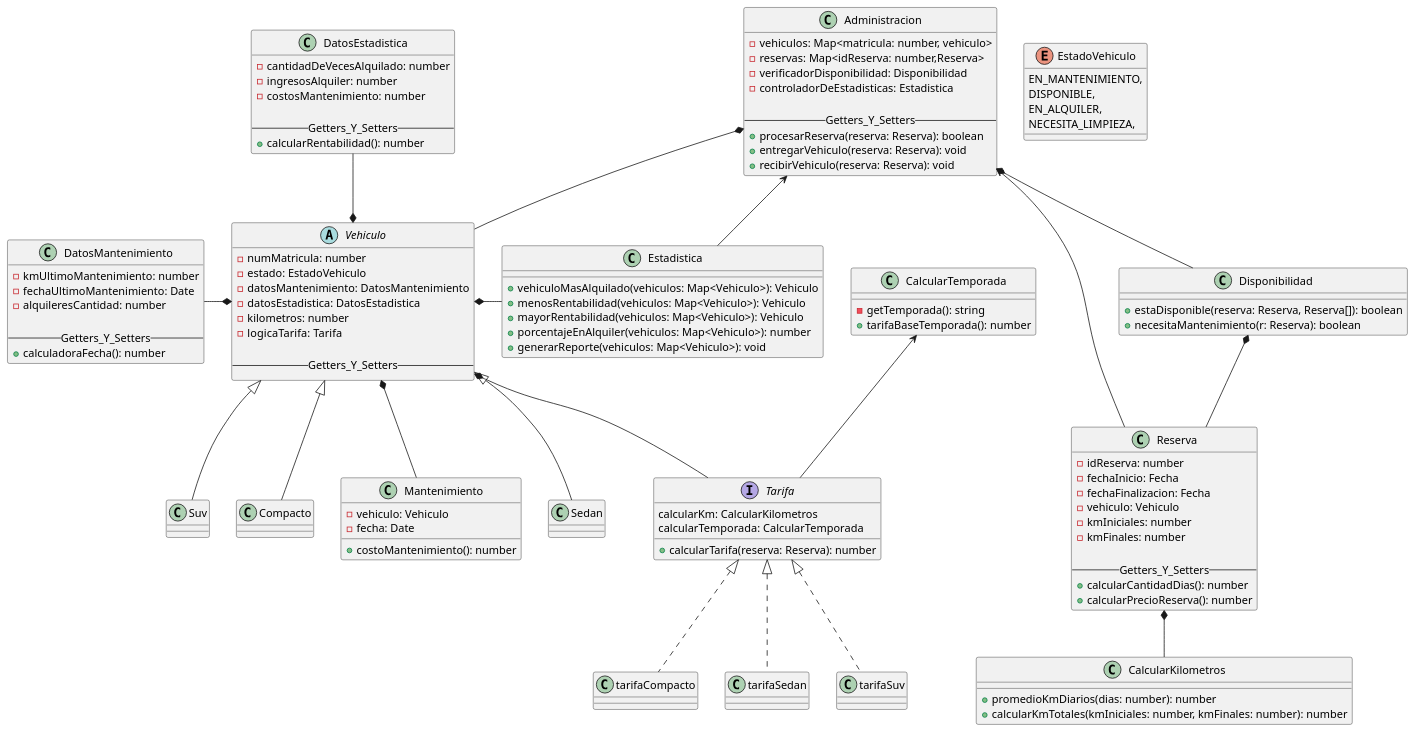
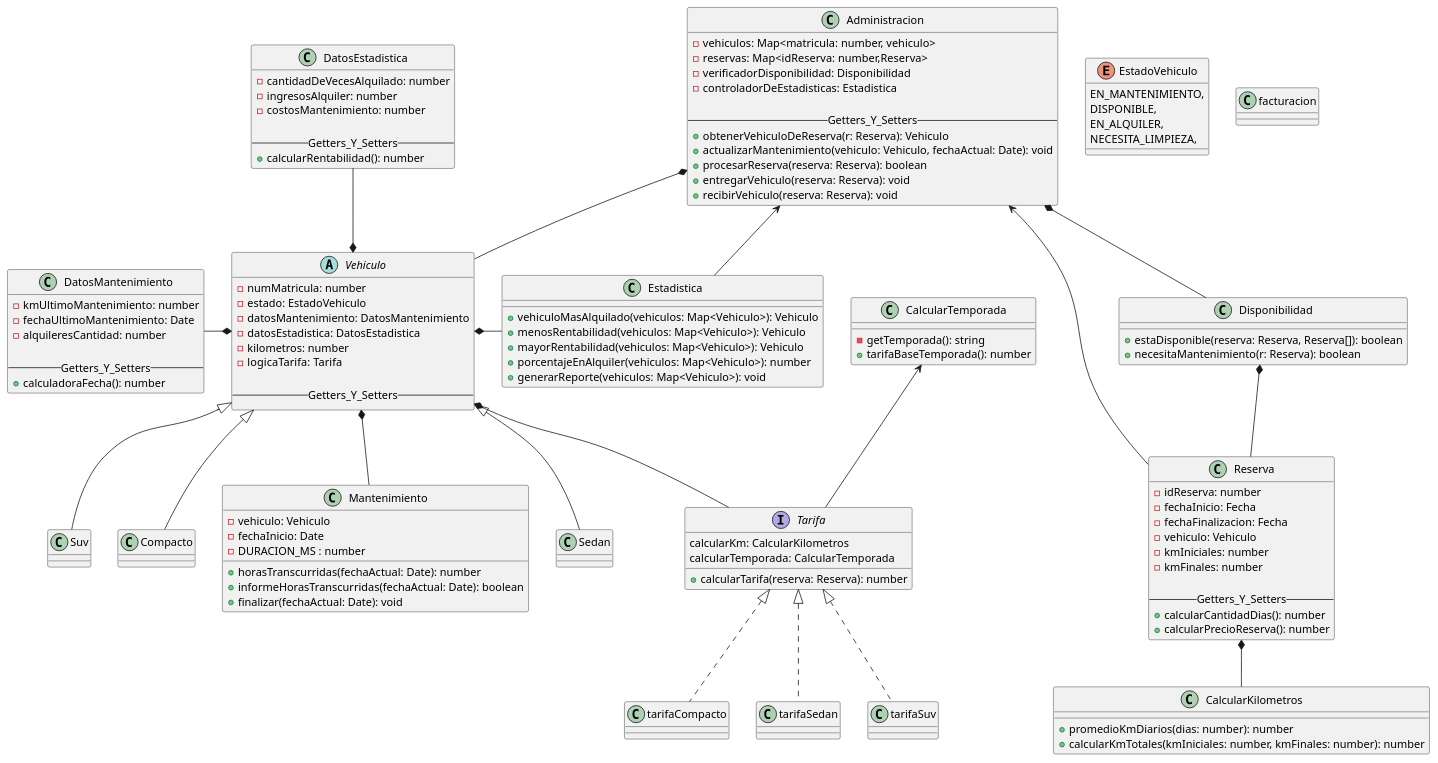
Before and after one commit to Nash-Blip/Programaci-n-II: the diagram in diagramas/clases/clases.puml, drawn with PlantUML. The commit also changed 5 other files, not shown here.

```diff
--- a/diagramas/clases/clases.puml
+++ b/diagramas/clases/clases.puml
@@ -1,125 +1,134 @@
 @startuml name prototipoTP
 
 abstract class Vehiculo{
     - numMatricula: number
     - estado: EstadoVehiculo
     - datosMantenimiento: DatosMantenimiento
     - datosEstadistica: DatosEstadistica
     - kilometros: number
     - logicaTarifa: Tarifa
 
     --Getters_Y_Setters--
 }
 
 class Sedan extends Vehiculo{}
 class Suv extends Vehiculo{}
 class Compacto extends Vehiculo{}
 
 class CalcularTemporada{
     -getTemporada(): string
     +tarifaBaseTemporada(): number
 }
 
 class DatosEstadistica{
     -cantidadDeVecesAlquilado: number
     -ingresosAlquiler: number
     -costosMantenimiento: number
 
     --Getters_Y_Setters--
     +calcularRentabilidad(): number
 }
 
 class Mantenimiento{
-    -vehiculo: Vehiculo
-    -fecha: Date
+    - vehiculo: Vehiculo
+    - fechaInicio: Date
+    - DURACION_MS : number
 
-    +costoMantenimiento(): number
+    +horasTranscurridas(fechaActual: Date): number
+    +informeHorasTranscurridas(fechaActual: Date): boolean
+    +finalizar(fechaActual: Date): void
 }
 
 class DatosMantenimiento{
     -kmUltimoMantenimiento: number
     -fechaUltimoMantenimiento: Date 
     -alquileresCantidad: number
 
     --Getters_Y_Setters--
     + calculadoraFecha(): number
 }
 
 interface Tarifa{
     calcularKm: CalcularKilometros
     calcularTemporada: CalcularTemporada
     +calcularTarifa(reserva: Reserva): number
 }
 
 class tarifaSuv implements Tarifa{}
 
 class tarifaCompacto implements Tarifa{}
 
 class tarifaSedan implements Tarifa{}
 
 class Reserva{
     -idReserva: number
     -fechaInicio: Fecha
     -fechaFinalizacion: Fecha
     -vehiculo: Vehiculo
     -kmIniciales: number
     -kmFinales: number
 
     --Getters_Y_Setters--
     +calcularCantidadDias(): number
     +calcularPrecioReserva(): number
 }
 
 class CalcularKilometros{
     +promedioKmDiarios(dias: number): number
     +calcularKmTotales(kmIniciales: number, kmFinales: number): number
 }
 
 enum EstadoVehiculo{
     EN_MANTENIMIENTO,
     DISPONIBLE,
     EN_ALQUILER,
     NECESITA_LIMPIEZA,
 }
 
+class facturacion{
+
+}
+
 class Administracion{
     -vehiculos: Map<matricula: number, vehiculo>
     -reservas: Map<idReserva: number,Reserva>
     -verificadorDisponibilidad: Disponibilidad
     -controladorDeEstadisticas: Estadistica
 
     --Getters_Y_Setters--
+    +obtenerVehiculoDeReserva(r: Reserva): Vehiculo
+    +actualizarMantenimiento(vehiculo: Vehiculo, fechaActual: Date): void
     +procesarReserva(reserva: Reserva): boolean
     +entregarVehiculo(reserva: Reserva): void
     +recibirVehiculo(reserva: Reserva): void
 }
 
 class Disponibilidad{
     + estaDisponible(reserva: Reserva, Reserva[]): boolean
     + necesitaMantenimiento(r: Reserva): boolean
 }
 
 class Estadistica{
     + vehiculoMasAlquilado(vehiculos: Map<Vehiculo>): Vehiculo
     + menosRentabilidad(vehiculos: Map<Vehiculo>): Vehiculo
     + mayorRentabilidad(vehiculos: Map<Vehiculo>): Vehiculo
     + porcentajeEnAlquiler(vehiculos: Map<Vehiculo>): number
     + generarReporte(vehiculos: Map<Vehiculo>): void
 }
 
 
 ' Relaciones
 Vehiculo *-- Tarifa
 Administracion *-- Vehiculo
 Disponibilidad *-- Reserva
 Reserva *-- CalcularKilometros
 Administracion *-- Disponibilidad
 Administracion <-- Reserva
 Vehiculo *-u- DatosEstadistica
 Vehiculo *-l- DatosMantenimiento
 Vehiculo *-r- Estadistica
 CalcularTemporada <-- Tarifa
 Vehiculo *-- Mantenimiento
 Administracion <-- Estadistica
 
 @enduml
```
